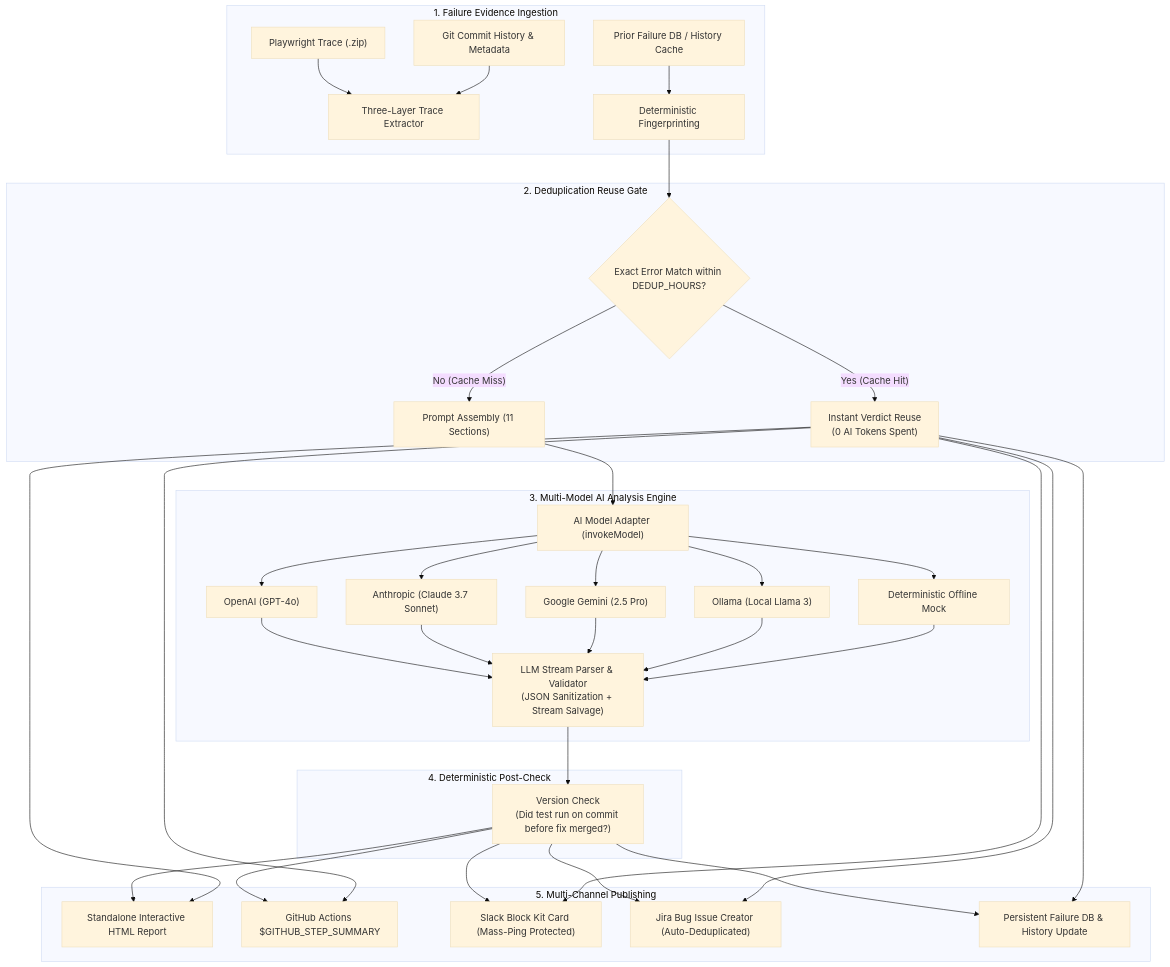
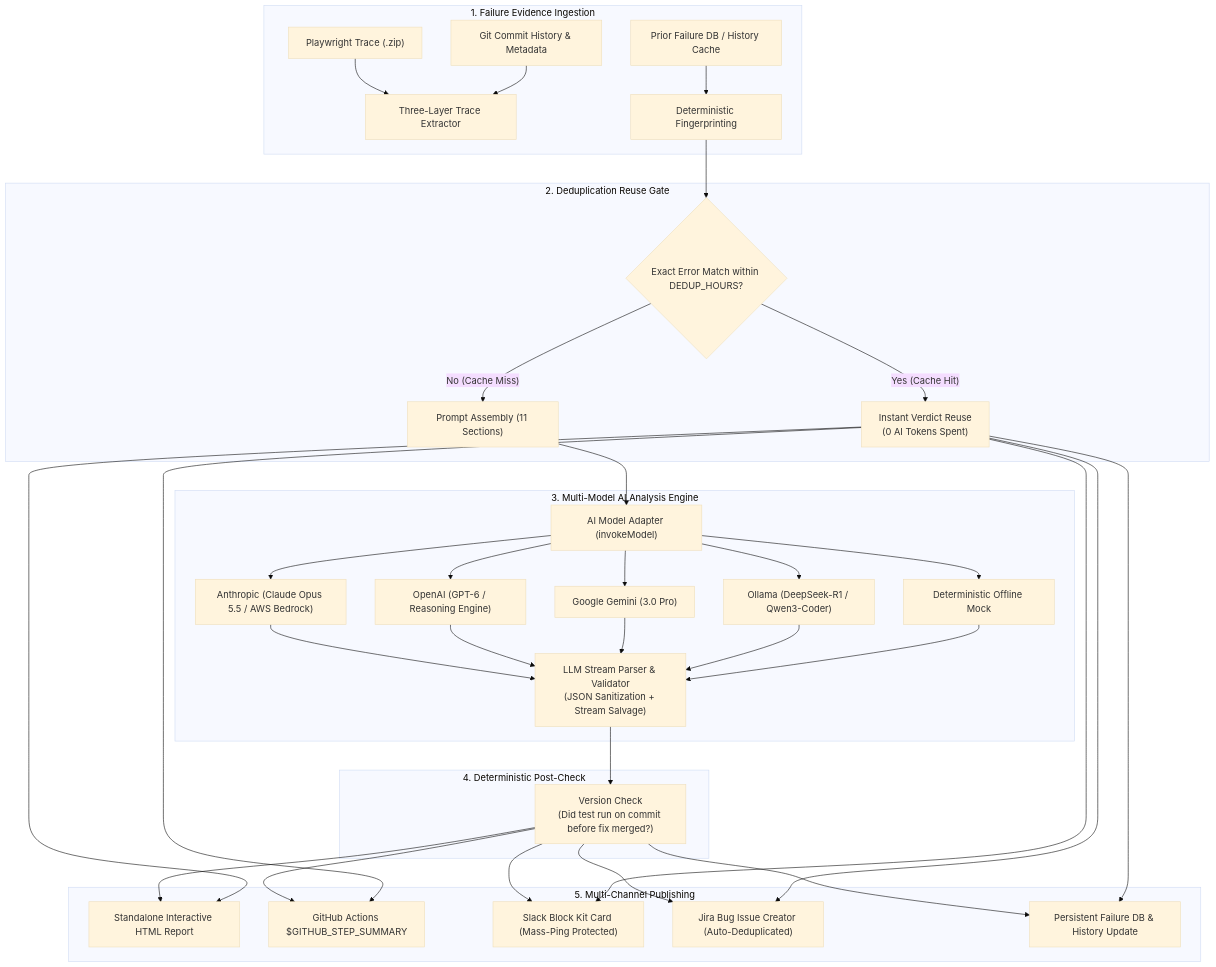
One commit to daniel-raj-s/playwright-trace-analysis-pipeline changed the diagram in README.md. Above: the diagram before and after it, drawn with Mermaid (base theme). The commit also changed other lines of this file and 2 other files, not shown here.

Commit message:
docs: upgrade AI model references to Claude Opus 5.5, GPT-6, and Gemini 3.0 Pro

````diff
--- a/README.md
+++ b/README.md
@@ -17,36 +17,36 @@
 ```mermaid
 flowchart TD
     subgraph Inputs["1. Failure Evidence Ingestion"]
         A["Playwright Trace (.zip)"] --> B["Three-Layer Trace Extractor"]
         C["Git Commit History & Metadata"] --> B
         D["Prior Failure DB / History Cache"] --> E["Deterministic Fingerprinting"]
     end
 
     subgraph Gate["2. Deduplication Reuse Gate"]
         E --> F{"Exact Error Match within DEDUP_HOURS?"}
         F -- "Yes (Cache Hit)" --> G["Instant Verdict Reuse\n(0 AI Tokens Spent)"]
         F -- "No (Cache Miss)" --> H["Prompt Assembly (11 Sections)"]
     end
 
     subgraph Intelligence["3. Multi-Model AI Analysis Engine"]
         H --> I["AI Model Adapter (invokeModel)"]
-        I --> J["OpenAI (GPT-4o)"]
-        I --> K["Anthropic (Claude 3.7 Sonnet)"]
-        I --> L["Google Gemini (2.5 Pro)"]
-        I --> M["Ollama (Local Llama 3)"]
+        I --> J["Anthropic (Claude Opus 5.5 / AWS Bedrock)"]
+        I --> K["OpenAI (GPT-6 / Reasoning Engine)"]
+        I --> L["Google Gemini (3.0 Pro)"]
+        I --> M["Ollama (DeepSeek-R1 / Qwen3-Coder)"]
         I --> N["Deterministic Offline Mock"]
         J & K & L & M & N --> O["LLM Stream Parser & Validator\n(JSON Sanitization + Stream Salvage)"]
     end
 
     subgraph Verification["4. Deterministic Post-Check"]
         O --> P["Version Check\n(Did test run on commit before fix merged?)"]
     end
 
     subgraph Output["5. Multi-Channel Publishing"]
         P & G --> Q["Standalone Interactive HTML Report"]
         P & G --> R["GitHub Actions $GITHUB_STEP_SUMMARY"]
         P & G --> S["Slack Block Kit Card (Mass-Ping Protected)"]
         P & G --> T["Jira Bug Issue Creator (Auto-Deduplicated)"]
         P & G --> U["Persistent Failure DB & History Update"]
     end
 ```
````
